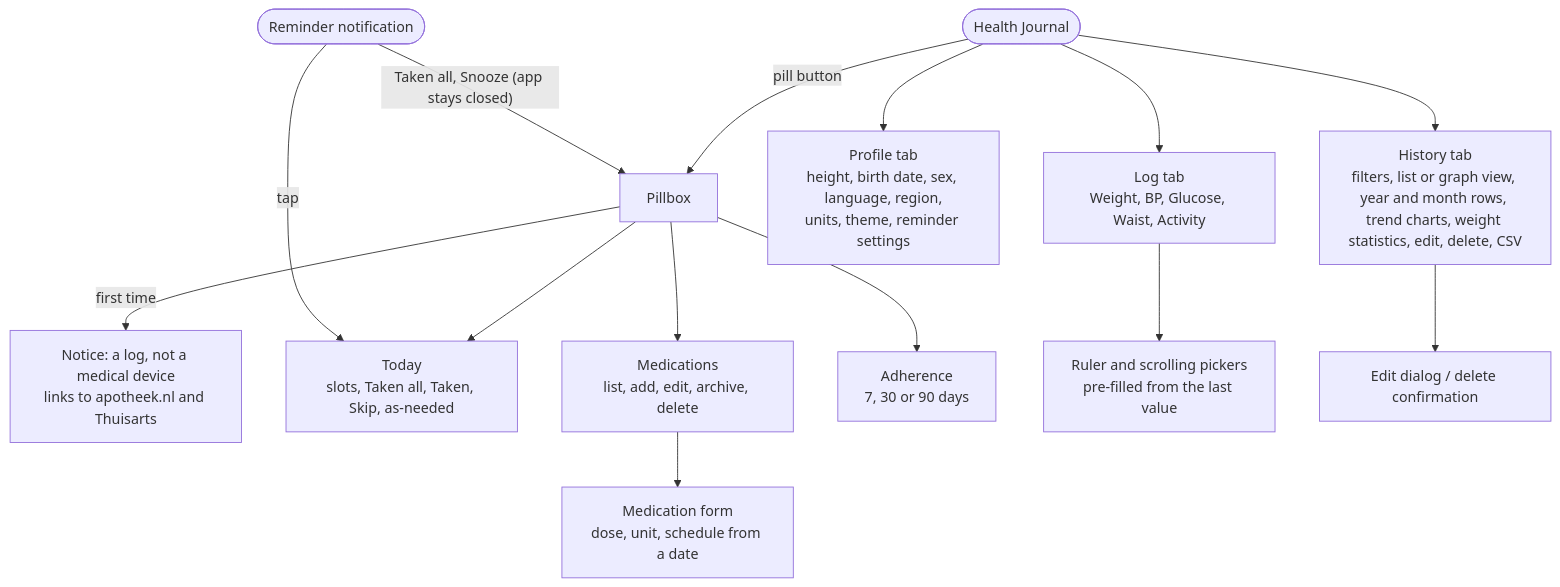
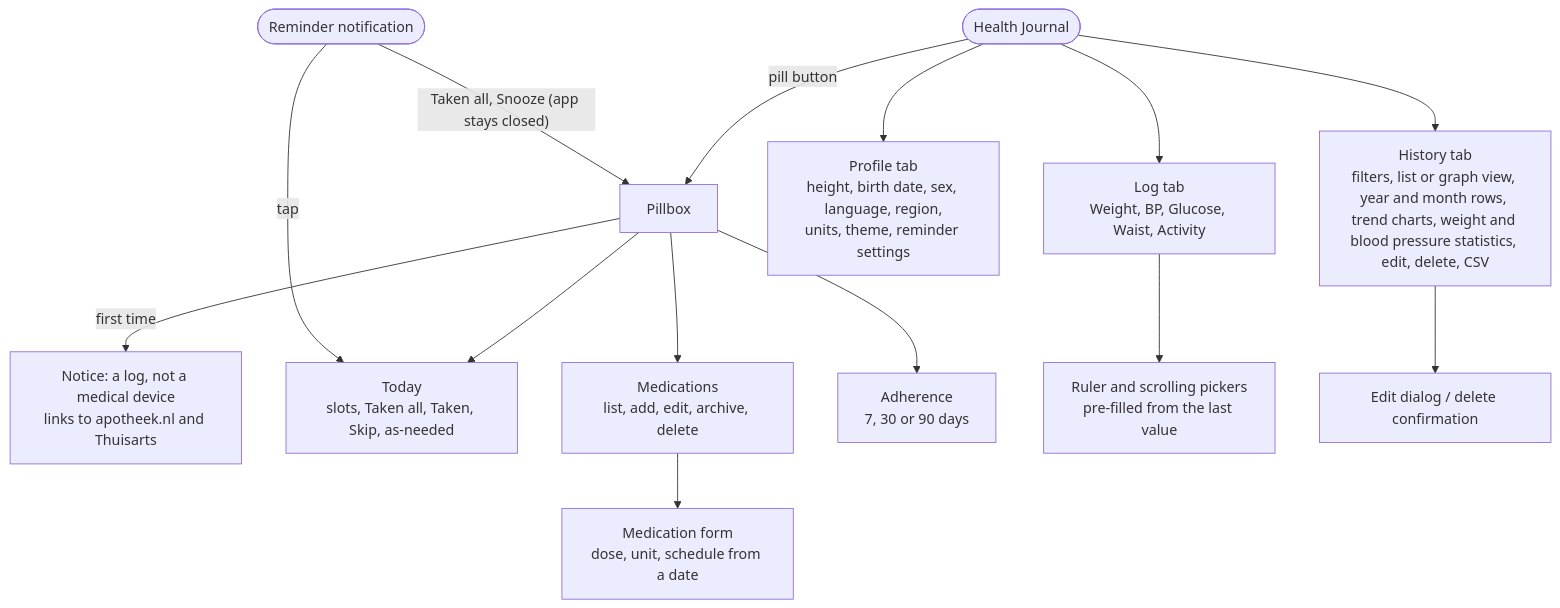
The first of 3 diagrams in docs/dev/design.md (mannetje/health_journal), drawn with Mermaid before and after one commit. The commit also changed other lines of this file and 20 other files, not shown here.

Commit message:
feat(app): blood pressure graphs: scatter on NHG bands, steadiness, period comparison, band markers

````diff
--- a/docs/dev/design.md
+++ b/docs/dev/design.md
@@ -32,16 +32,16 @@
 ```mermaid
 flowchart TD
     APP(["Health Journal"]) --> LOG["Log tab<br/>Weight, BP, Glucose, Waist, Activity"]
-    APP --> HIST["History tab<br/>filters, list or graph view, year and month rows, trend charts, weight statistics, edit, delete, CSV"]
+    APP --> HIST["History tab<br/>filters, list or graph view, year and month rows, trend charts, weight and blood pressure statistics, edit, delete, CSV"]
     APP --> PROF["Profile tab<br/>height, birth date, sex, language, region,<br/>units, theme, reminder settings"]
     APP -->|"pill button"| PILL["Pillbox"]
     PILL -->|"first time"| NOTICE["Notice: a log, not a medical device<br/>links to apotheek.nl and Thuisarts"]
     PILL --> TODAY["Today<br/>slots, Taken all, Taken, Skip, as-needed"]
     PILL --> MEDS["Medications<br/>list, add, edit, archive, delete"]
     PILL --> ADH["Adherence<br/>7, 30 or 90 days"]
     MEDS --> EDIT["Medication form<br/>dose, unit, schedule from a date"]
     LOG --> PICK["Ruler and scrolling pickers<br/>pre-filled from the last value"]
     HIST --> DLG["Edit dialog / delete confirmation"]
     NOTIF(["Reminder notification"]) -->|"tap"| TODAY
     NOTIF -->|"Taken all, Snooze (app stays closed)"| PILL
 ```
````
